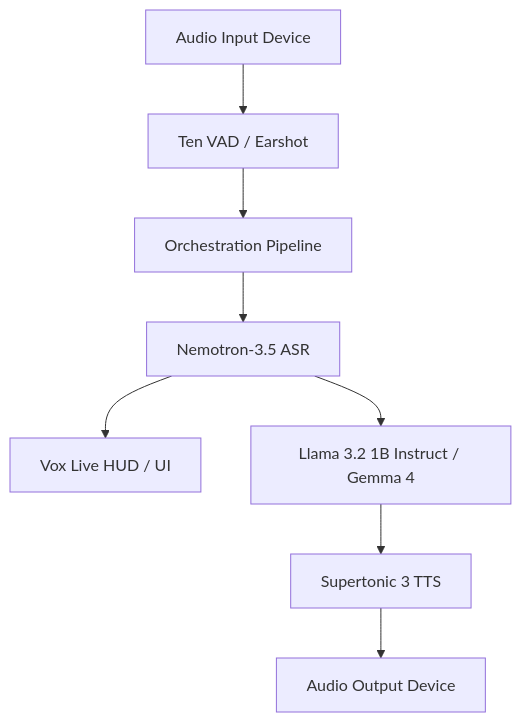
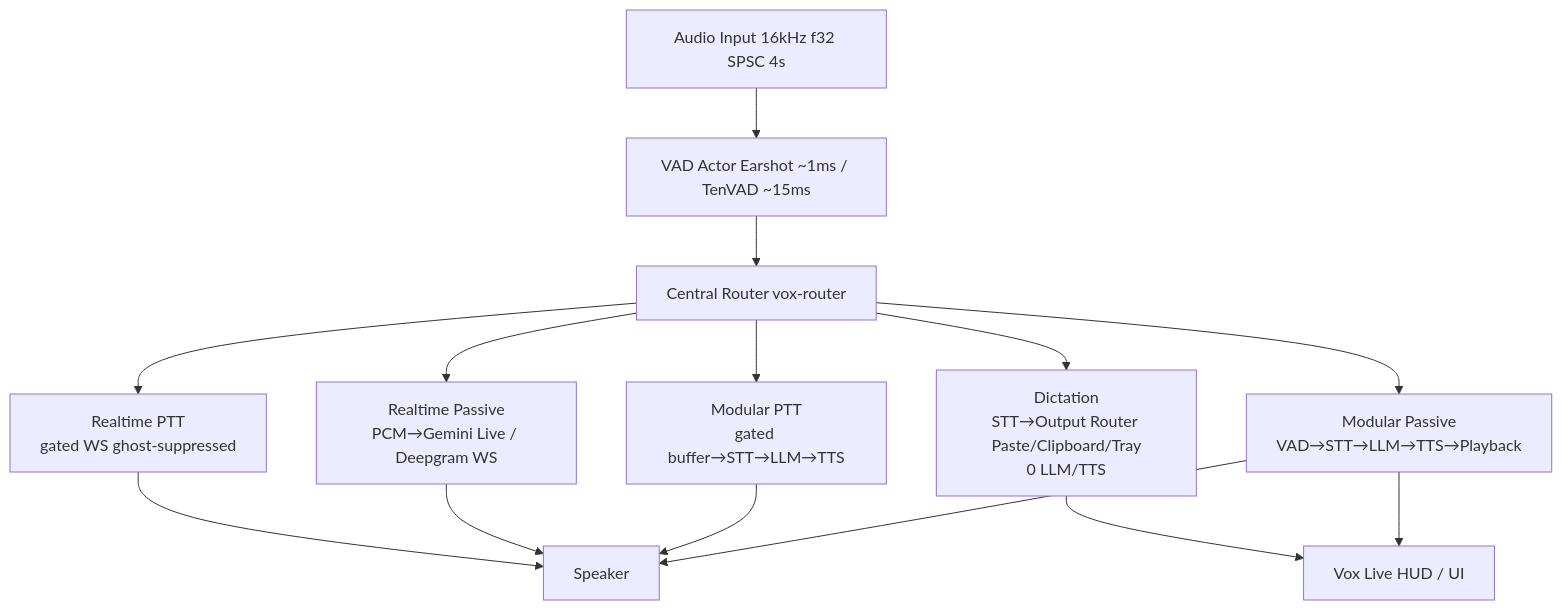
The diagram in README.md (addy-47/vox), drawn with Mermaid before and after one commit. The commit also changed other lines of this file and 49 other files, not shown here.

Commit message:
feat: added UT for critical functions ,implement TestClipsPopover component and refactor TTS testing workflow with structured audio clips

````diff
--- a/README.md
+++ b/README.md
@@ -45,19 +43,16 @@
 ```mermaid
-
 graph TD
-
-    Mic[Audio Input Device] --> VAD[Ten VAD / Earshot]
-
-    VAD --> Pipeline[Orchestration Pipeline]
-
-    Pipeline --> STT[Nemotron-3.5 ASR]
-
-    STT --> HUD[Vox Live HUD / UI]
-
-    STT --> LLM[Llama 3.2 1B Instruct / Gemma 4]
-
-    LLM --> TTS[Supertonic 3 TTS]
-
-    TTS --> Speaker[Audio Output Device]
-
+    Mic[Audio Input 16kHz f32 SPSC 4s] --> VAD[VAD Actor Earshot ~1ms / TenVAD ~15ms]
+    VAD --> Router[Central Router vox-router]
+    Router --> MP[Modular Passive<br/>VAD→STT→LLM→TTS→Playback]
+    Router --> MPTT[Modular PTT<br/>gated buffer→STT→LLM→TTS]
+    Router --> RP[Realtime Passive<br/>PCM→Gemini Live / Deepgram WS]
+    Router --> RPTT[Realtime PTT<br/>gated WS ghost-suppressed]
+    Router --> Dict[Dictation<br/>STT→Output Router Paste/Clipboard/Tray<br/>0 LLM/TTS]
+    MP --> Speaker
+    MPTT --> Speaker
+    RP --> Speaker
+    RPTT --> Speaker
+    MP --> HUD[Vox Live HUD / UI]
+    Dict --> HUD
 ```
````
